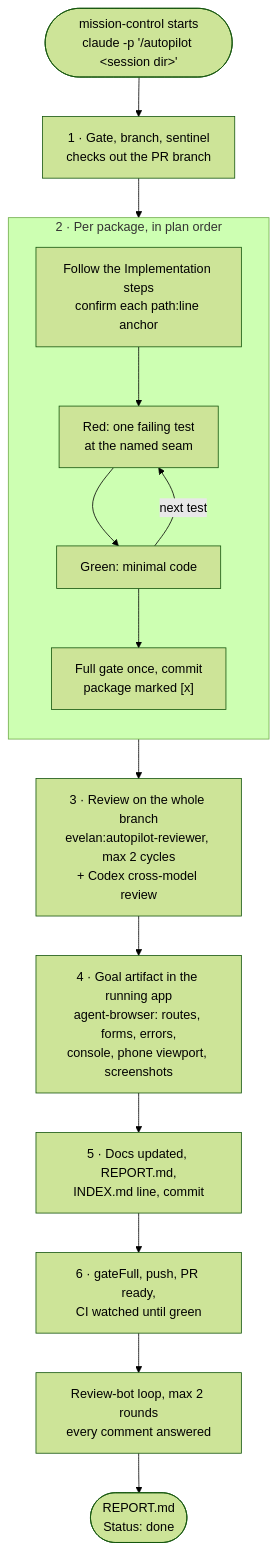
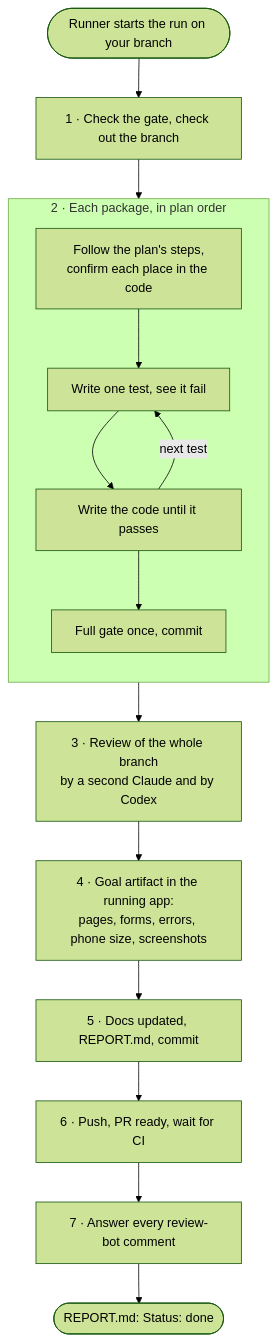
The fourth of 7 diagrams in docs/autopilot-developer-guide.md (evelan-de/claude-code-plugins), drawn with Mermaid (forest theme) before and after one commit. The commit also changed other lines of this file and 9 other files, not shown here.

Commit message:
docs+fix(autopilot): README and developer guide describe the current state only; developer PRs: replies from the queue machine count as answered, start comment on the PR, plan branches from origin/<base> (plugin 3.1.4)

````diff
--- a/docs/autopilot-developer-guide.md
+++ b/docs/autopilot-developer-guide.md
@@ -321,20 +236,20 @@
 ```mermaid
 flowchart TD
-    S(["mission-control starts<br/>claude -p '/autopilot &lt;session dir&gt;'"]) --> G1["1 · Gate, branch, sentinel<br/>checks out the PR branch"]
+    S(["Runner starts the run on your branch"]) --> G1["1 · Check the gate, check out the branch"]
     G1 --> P1
 
-    subgraph PK["2 · Per package, in plan order"]
+    subgraph PK["2 · Each package, in plan order"]
         direction TB
-        P1["Follow the Implementation steps<br/>confirm each path:line anchor"] --> P2["Red: one failing test<br/>at the named seam"]
-        P2 --> P3["Green: minimal code"]
+        P1["Follow the plan's steps,<br/>confirm each place in the code"] --> P2["Write one test, see it fail"]
+        P2 --> P3["Write the code until it passes"]
         P3 -- "next test" --> P2
-        P3 --> P5["Full gate once, commit<br/>package marked [x]"]
+        P3 --> P5["Full gate once, commit"]
     end
 
-    P5 --> R["3 · Review on the whole branch<br/>evelan:autopilot-reviewer, max 2 cycles<br/>+ Codex cross-model review"]
-    R --> V["4 · Goal artifact in the running app<br/>agent-browser: routes, forms, errors,<br/>console, phone viewport, screenshots"]
-    V --> F["5 · Docs updated, REPORT.md,<br/>INDEX.md line, commit"]
-    F --> PR["6 · gateFull, push, PR ready,<br/>CI watched until green"]
-    PR --> RB["Review-bot loop, max 2 rounds<br/>every comment answered"]
-    RB --> DONE(["REPORT.md<br/>Status: done"])
+    P5 --> R["3 · Review of the whole branch<br/>by a second Claude and by Codex"]
+    R --> V["4 · Goal artifact in the running app:<br/>pages, forms, errors, phone size, screenshots"]
+    V --> F["5 · Docs updated, REPORT.md, commit"]
+    F --> PR["6 · Push, PR ready, wait for CI"]
+    PR --> RB["7 · Answer every review-bot comment"]
+    RB --> DONE(["REPORT.md: Status: done"])
 ```
````
